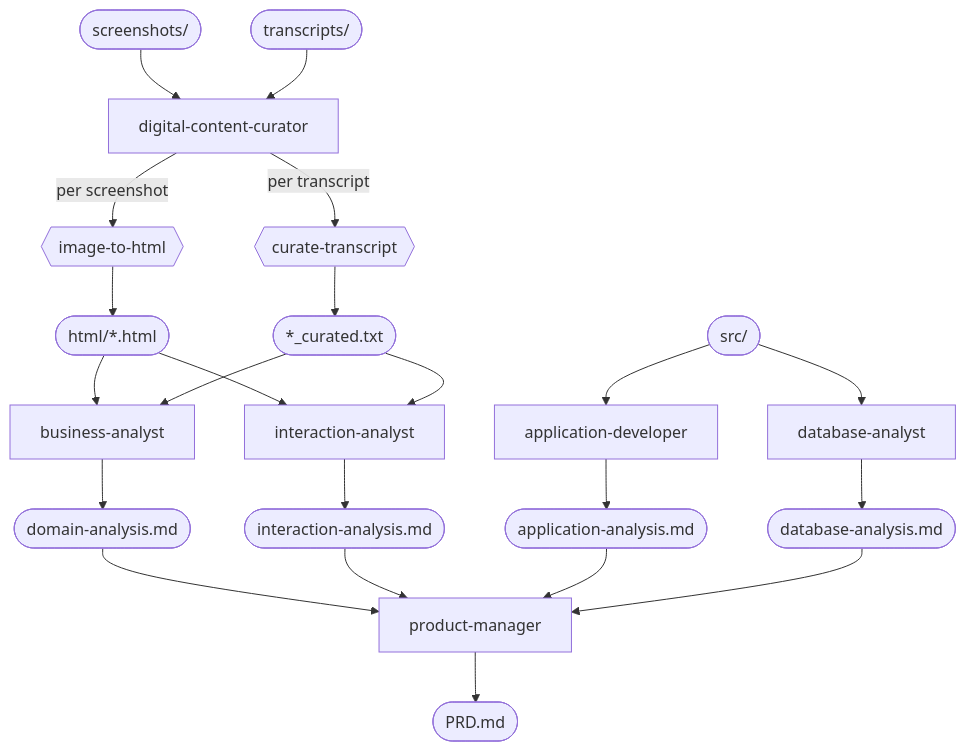
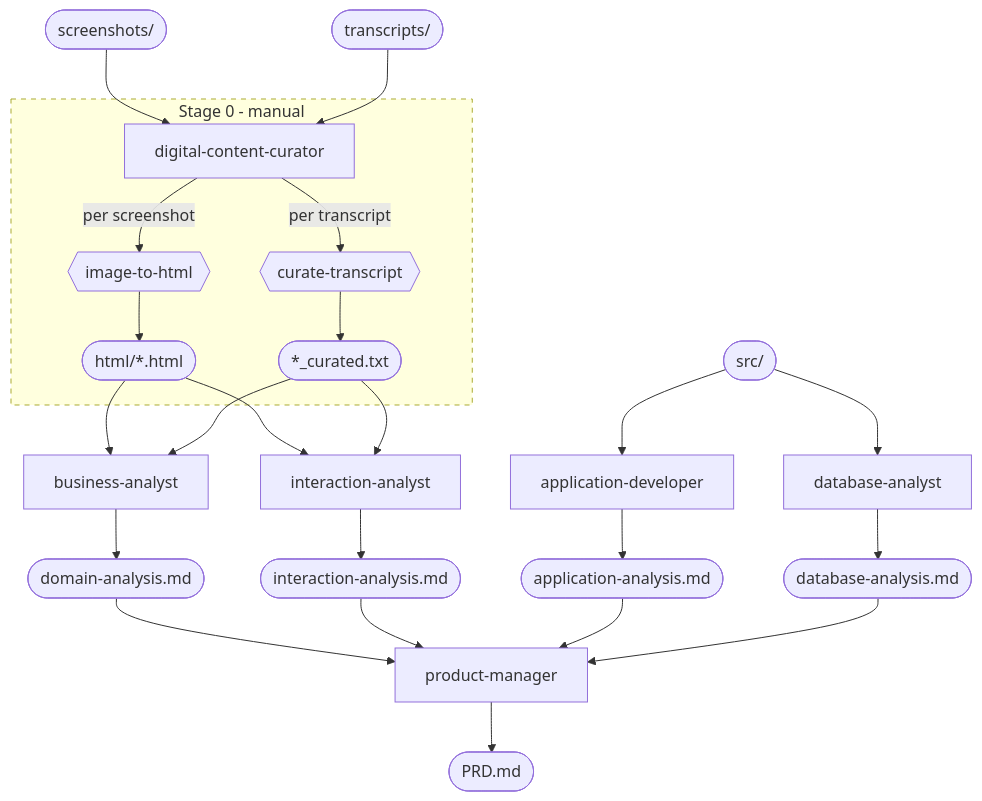
Before and after one commit to scottburgess-kisa/claude-legacy-reveng-plugin: the diagram in README.md, drawn with Mermaid. The commit also changed other lines of this file, not shown here.

Commit message:
docs: update pipeline diagram and stages for manual curation

````diff
--- a/README.md
+++ b/README.md
@@ -119,33 +119,40 @@
 ```mermaid
 flowchart TB
     screenshots(["screenshots/"])
     transcripts(["transcripts/"])
     src(["src/"])
 
-    curator[digital-content-curator]
+    subgraph stage0 ["Stage 0 - manual"]
+        curator[digital-content-curator]
+        i2h{{image-to-html}}
+        ct{{curate-transcript}}
+        html(["html/*.html"])
+        curated(["*_curated.txt"])
+
+        curator -->|per screenshot| i2h
+        curator -->|per transcript| ct
+        i2h --> html
+        ct --> curated
+    end
+    style stage0 stroke-dasharray: 5 5
+
     screenshots --> curator
     transcripts --> curator
-
-    curator -->|per screenshot| i2h{{image-to-html}}
-    curator -->|per transcript| ct{{curate-transcript}}
-
-    i2h --> html(["html/*.html"])
-    ct --> curated(["*_curated.txt"])
 
     appdev[application-developer]
     dbanalyst[database-analyst]
     src --> appdev & dbanalyst
 
     ba[business-analyst]
     ia[interaction-analyst]
     html & curated --> ba & ia
 
     ba --> domain(["domain-analysis.md"])
     ia --> workflows(["interaction-analysis.md"])
     appdev --> codebase(["application-analysis.md"])
     dbanalyst --> database(["database-analysis.md"])
 
     PM[product-manager]
     domain & workflows & codebase & database --> PM
     PM --> PRD(["PRD.md"])
 ```
````
